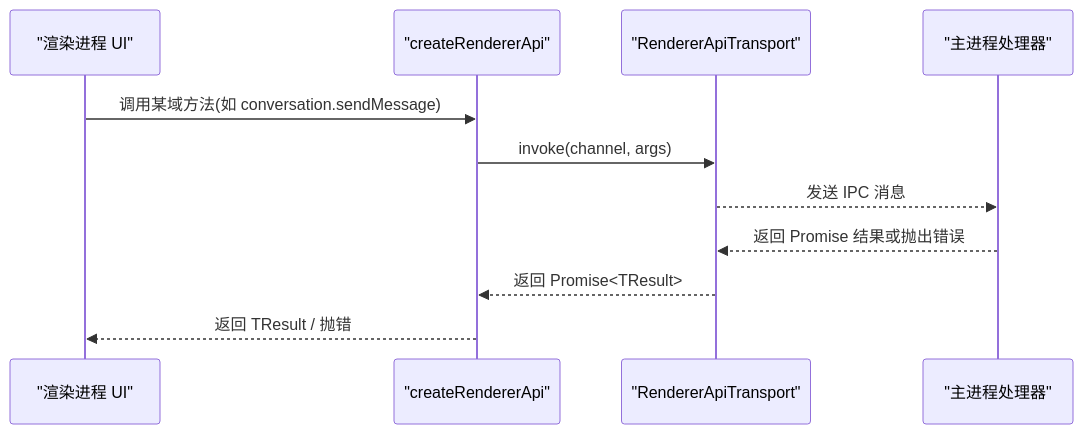
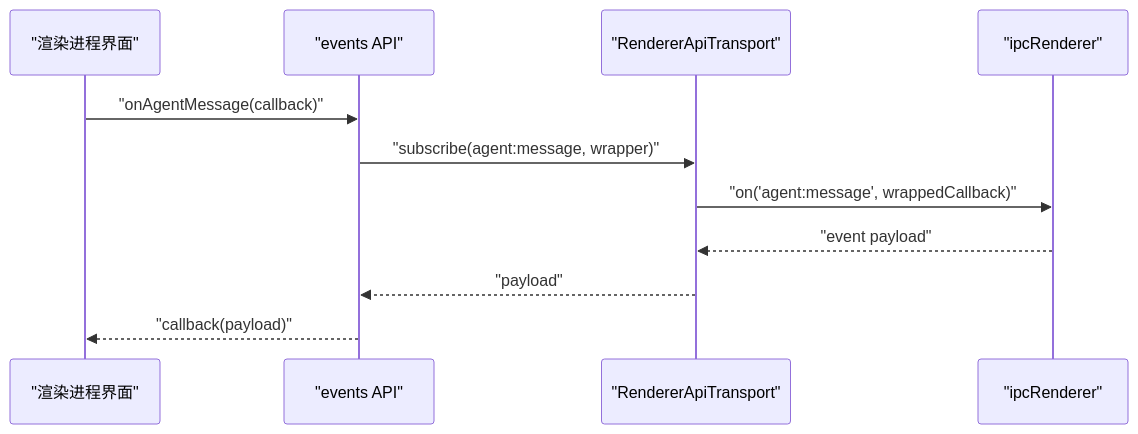
One commit to haolange/RDC-Agent changed the fourth of 7 diagrams in .qoder/repowiki/zh/content/API 参考/Renderer API/Renderer API.md. Above: the diagram before and after it, drawn with Mermaid. The commit also changed other lines of this file and 356 other files, not shown here.

````diff
--- a/.qoder/repowiki/zh/content/API 参考/Renderer API/Renderer API.md
+++ b/.qoder/repowiki/zh/content/API 参考/Renderer API/Renderer API.md
@@ -113,13 +490,14 @@
 ```mermaid
 sequenceDiagram
-participant UI as "渲染进程 UI"
-participant API as "createRendererApi"
-participant T as "RendererApiTransport"
-participant MP as "主进程处理器"
-UI->>API : 调用某域方法(如 conversation.sendMessage)
-API->>T : invoke(channel, args)
-T-->>MP : 发送 IPC 消息
-MP-->>T : 返回 Promise 结果或抛出错误
-T-->>API : 返回 Promise<TResult>
-API-->>UI : 返回 TResult / 抛错
+    participant UI as "渲染进程界面"
+    participant Events as "events API"
+    participant Transport as "RendererApiTransport"
+    participant Ipc as "ipcRenderer"
+
+    UI->>Events: "onAgentMessage(callback)"
+    Events->>Transport: "subscribe(agent:message, wrapper)"
+    Transport->>Ipc: "on('agent:message', wrappedCallback)"
+    Ipc-->>Transport: "event payload"
+    Transport-->>Events: "payload"
+    Events-->>UI: "callback(payload)"
 ```
````
